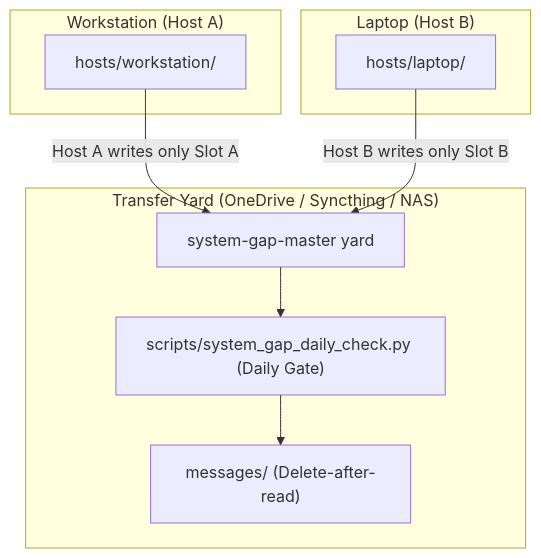
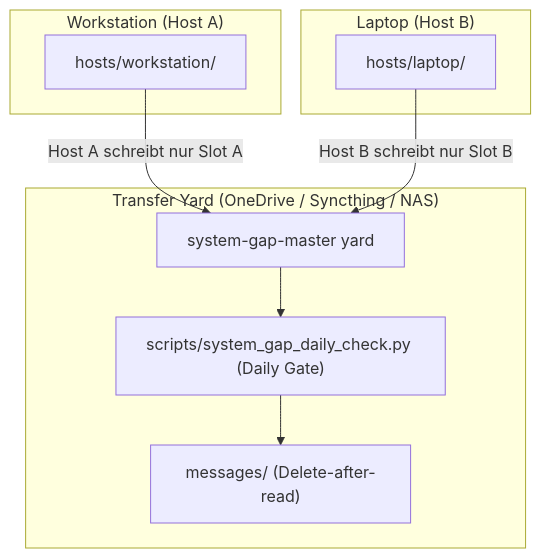
The first of 2 diagrams in README_de.md (ellmos-ai/system-gap-master), drawn with Mermaid before and after one commit. The commit also changed other lines of this file and 7 other files, not shown here.

````diff
--- a/README_de.md
+++ b/README_de.md
@@ -25,15 +39,15 @@
 ```mermaid
 flowchart TD
     subgraph HostA["Workstation (Host A)"]
         SlotA["hosts/workstation/"]
     end
     subgraph HostB["Laptop (Host B)"]
         SlotB["hosts/laptop/"]
     end
     subgraph SyncYard["Transfer Yard (OneDrive / Syncthing / NAS)"]
-        SlotA -->|Host A writes only Slot A| YardStorage["system-gap-master yard"]
-        SlotB -->|Host B writes only Slot B| YardStorage
+        SlotA -->|Host A schreibt nur Slot A| YardStorage["system-gap-master yard"]
+        SlotB -->|Host B schreibt nur Slot B| YardStorage
         YardStorage --> GateScript["scripts/system_gap_daily_check.py (Daily Gate)"]
         GateScript --> MsgChannel["messages/ (Delete-after-read)"]
     end
 ```
````
